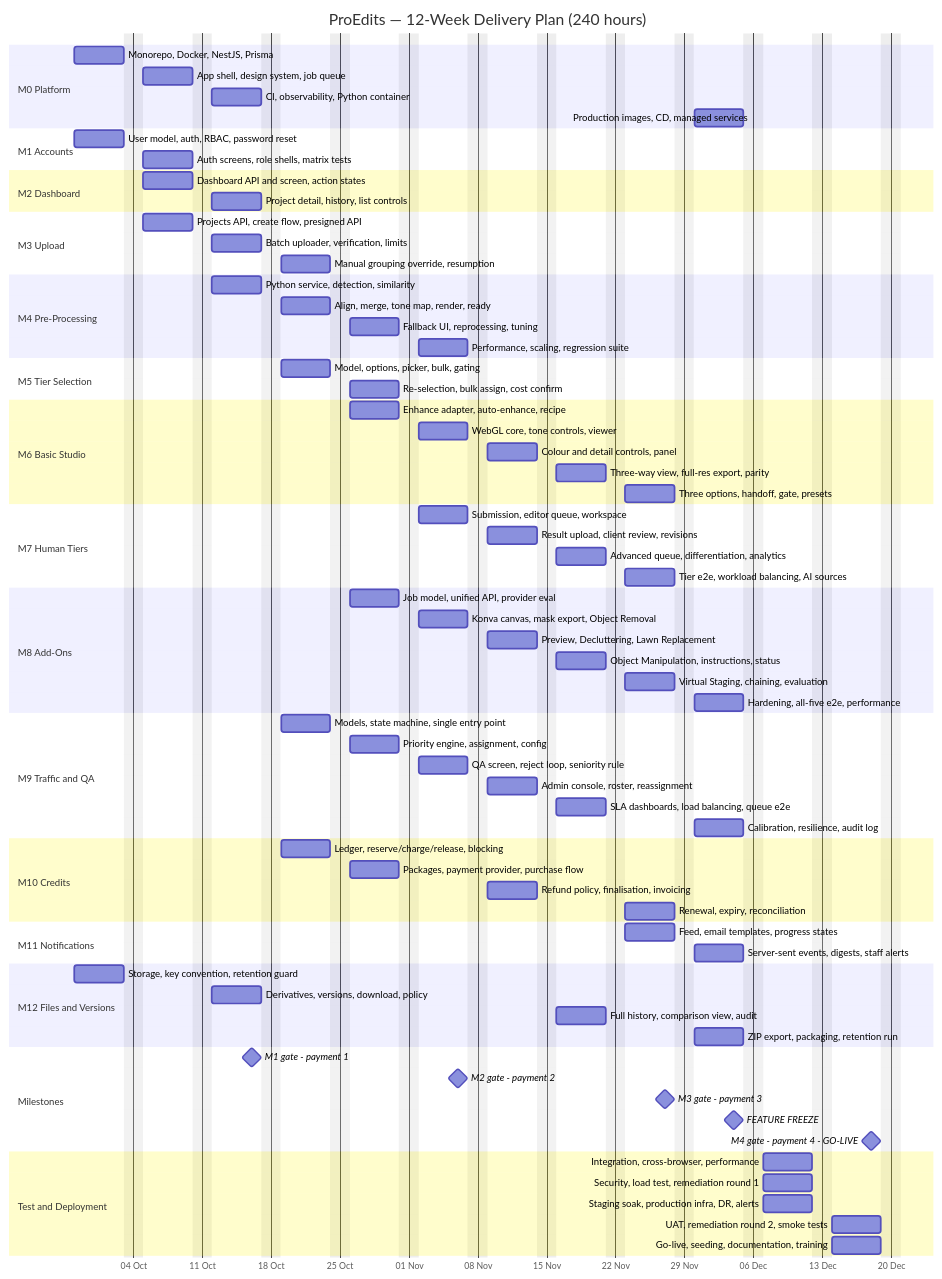
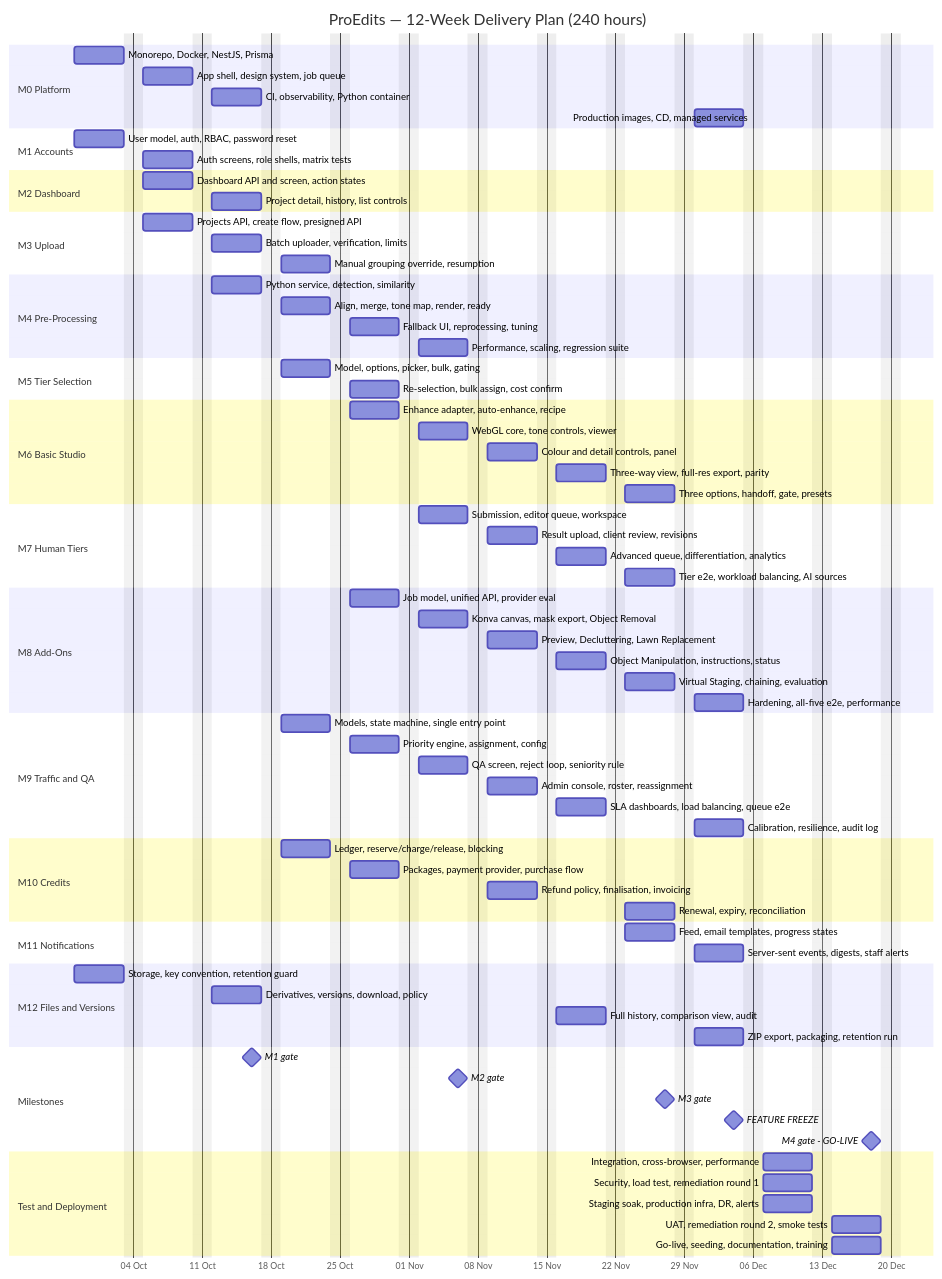
One commit to Abdullahbinaqeel/proedits-delivery-plan changed the diagram in plan.md. Above: the diagram before and after it, drawn with Mermaid. The commit also changed other lines of this file and 3 other files, not shown here.

```diff
--- a/plan.md
+++ b/plan.md
@@ -493,11 +474,11 @@
     ZIP export, packaging, retention run     :v4, 2026-11-30, 5d
 
     section Milestones
-    M1 gate - payment 1                      :milestone, m1, 2026-10-16, 0d
-    M2 gate - payment 2                      :milestone, m2, 2026-11-06, 0d
-    M3 gate - payment 3                      :milestone, m3, 2026-11-27, 0d
+    M1 gate                                 :milestone, m1, 2026-10-16, 0d
+    M2 gate                                 :milestone, m2, 2026-11-06, 0d
+    M3 gate                                 :milestone, m3, 2026-11-27, 0d
     FEATURE FREEZE                           :milestone, ff, 2026-12-04, 0d
-    M4 gate - payment 4 - GO-LIVE            :milestone, m4, 2026-12-18, 0d
+    M4 gate - GO-LIVE                        :milestone, m4, 2026-12-18, 0d
 
     section Test and Deployment
     Integration, cross-browser, performance  :s1, 2026-12-07, 5d
```
